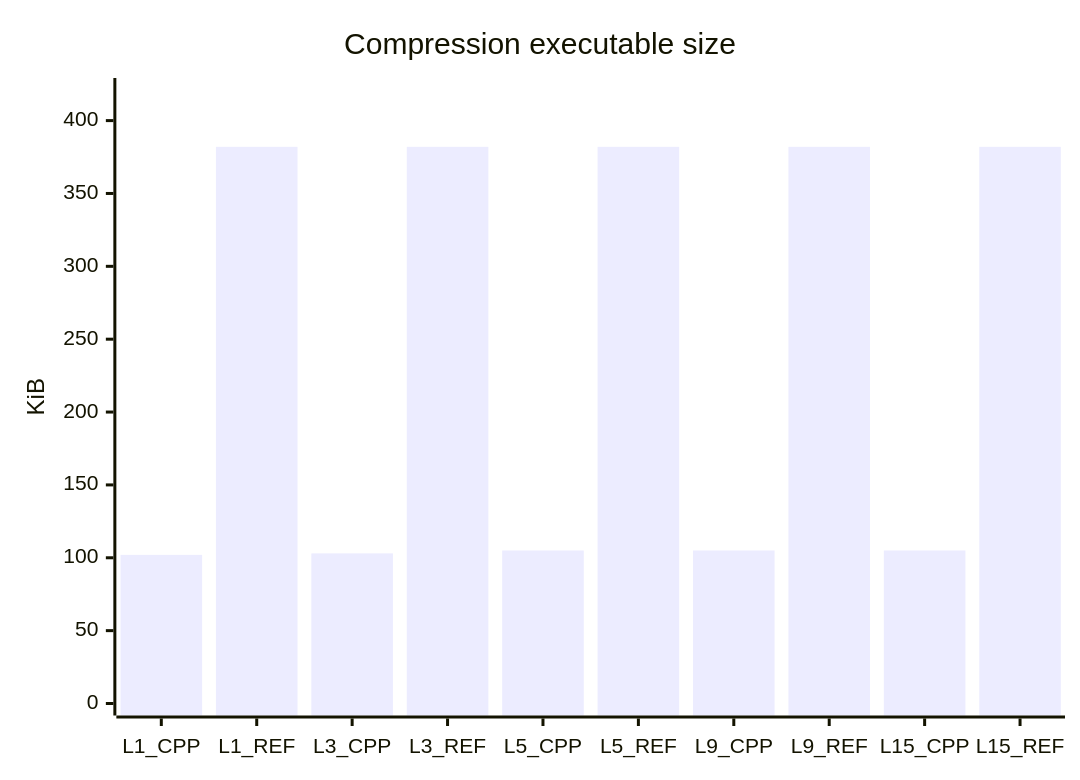
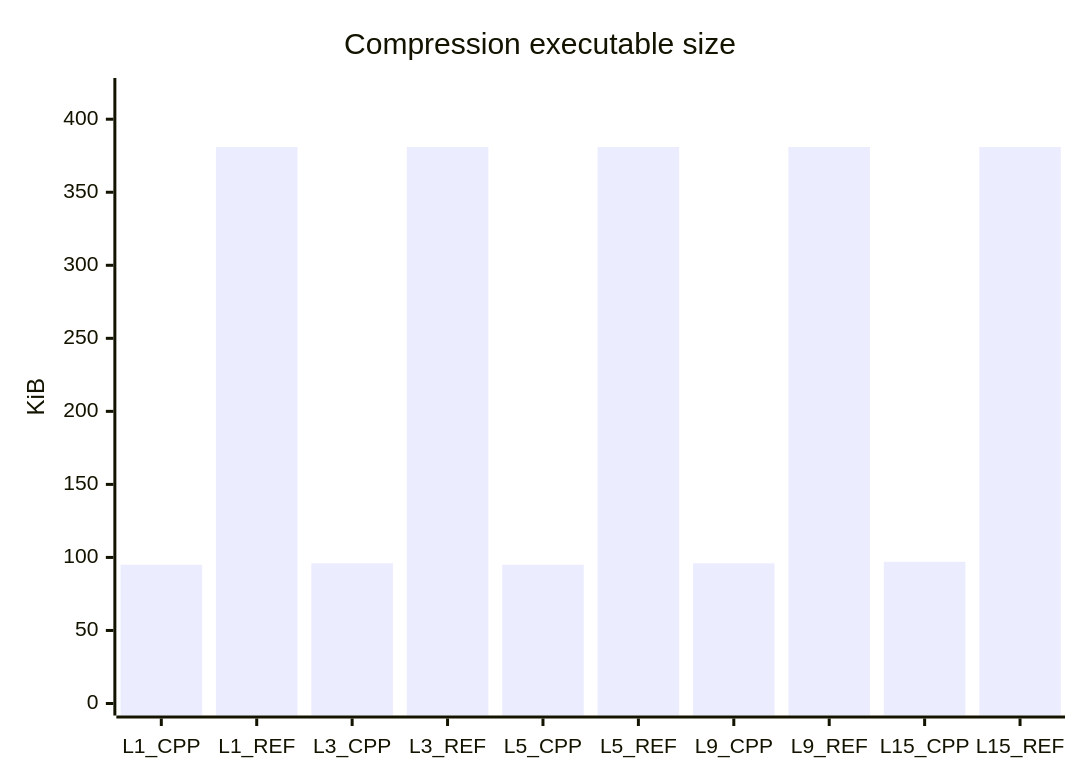
Before and after one commit to mheyman/zstdpp: the fourth of 7 diagrams in README.md, drawn with Mermaid. The commit also changed other lines of this file, not shown here.

````diff
--- a/README.md
+++ b/README.md
@@ -168,7 +168,7 @@
 ```mermaid
 xychart-beta
     title "Compression executable size"
     x-axis [L1_CPP, L1_REF, L3_CPP, L3_REF, L5_CPP, L5_REF, L9_CPP, L9_REF, L15_CPP, L15_REF]
-    y-axis "KiB" 0 --> 421
-    bar [102, 382, 103, 382, 105, 382, 105, 382, 105, 382]
+    y-axis "KiB" 0 --> 420
+    bar [95, 381, 96, 381, 95, 381, 96, 381, 97, 381]
 ```
````
